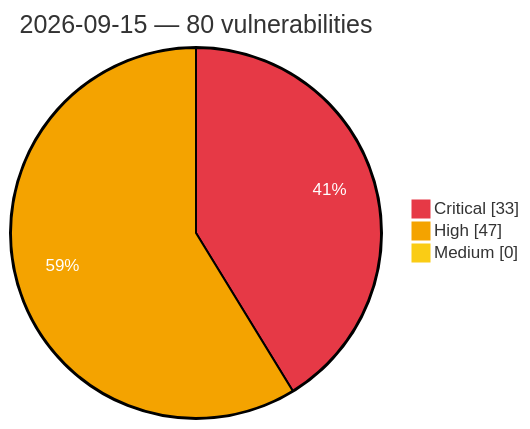
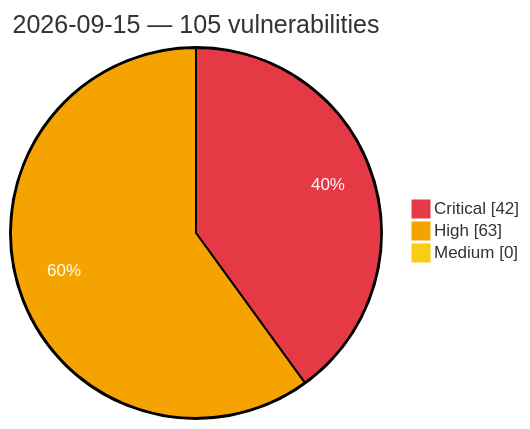
Before and after one commit to GhostX0X/vuln-tracker: the diagram in vulnerabilities/2026/September/2026-09-15.md, drawn with Mermaid. The commit also changed other lines of this file and 5 other files, not shown here.

Commit message:
Auto update: critical/high vulns (2026-09-15 23:02 UTC)

````diff
--- a/vulnerabilities/2026/September/2026-09-15.md
+++ b/vulnerabilities/2026/September/2026-09-15.md
@@ -3,8 +3,8 @@
 ```mermaid
 %%{init: {'theme':'base', 'themeVariables': {'pie1':'#e63946', 'pie2':'#f4a300', 'pie3':'#facc15', 'pieOpacity':'1', 'pieOuterStrokeWidth':'2px', 'pieSectionTextColor':'#ffffff'}}}%%
 pie showData
-    title 2026-09-15 — 80 vulnerabilities
-    "Critical" : 33
-    "High" : 47
+    title 2026-09-15 — 105 vulnerabilities
+    "Critical" : 42
+    "High" : 63
     "Medium" : 0
 ```
````
